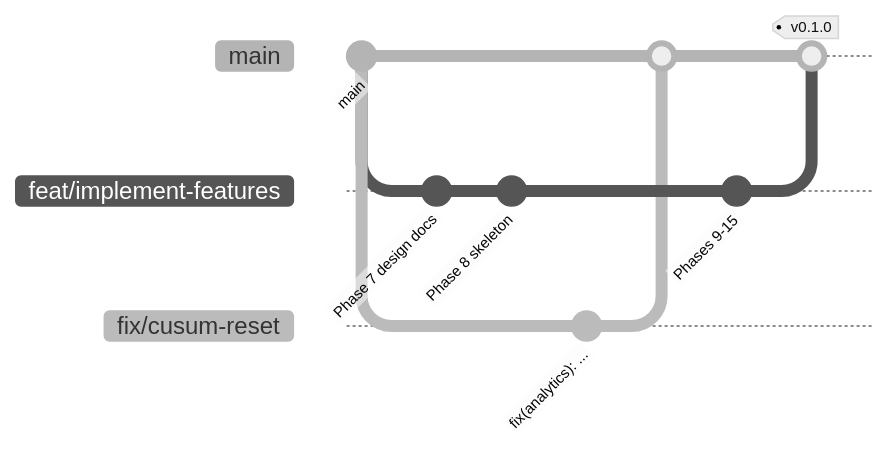
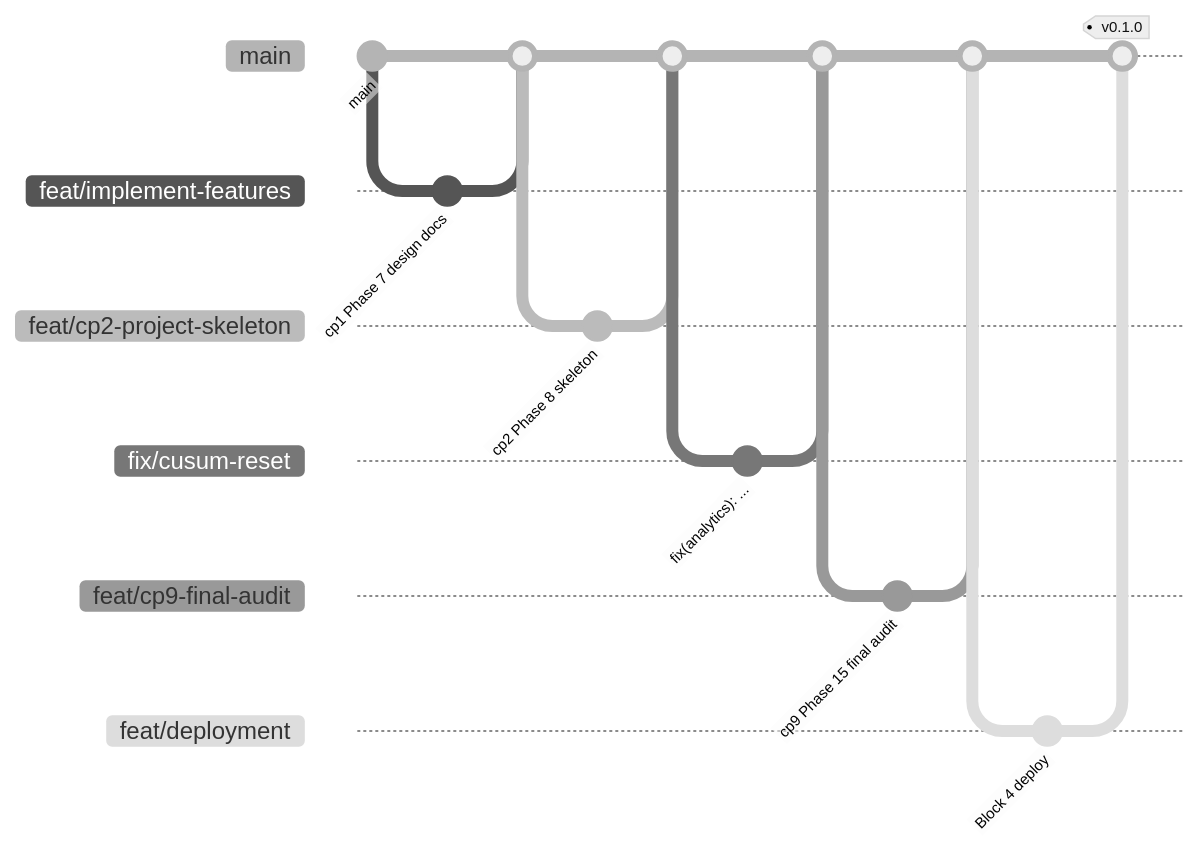
Before and after one commit to EchoWellApp/echowell: the diagram in specs/TRD/18_GitHub_Repository_Standards.md, drawn with Mermaid (neutral theme). The commit also changed other lines of this file and 63 other files, not shown here.

````diff
--- a/specs/TRD/18_GitHub_Repository_Standards.md
+++ b/specs/TRD/18_GitHub_Repository_Standards.md
@@ -78,16 +79,24 @@
 ```mermaid
 gitGraph
   commit id: "main"
   branch feat/implement-features
-  commit id: "Phase 7 design docs"
-  commit id: "Phase 8 skeleton"
+  commit id: "cp1 Phase 7 design docs"
   checkout main
+  merge feat/implement-features
+  branch feat/cp2-project-skeleton
+  commit id: "cp2 Phase 8 skeleton"
+  checkout main
+  merge feat/cp2-project-skeleton
   branch fix/cusum-reset
   commit id: "fix(analytics): ..."
   checkout main
   merge fix/cusum-reset
-  checkout feat/implement-features
-  commit id: "Phases 9-15"
+  branch feat/cp9-final-audit
+  commit id: "cp9 Phase 15 final audit"
   checkout main
-  merge feat/implement-features tag: "v0.1.0"
+  merge feat/cp9-final-audit
+  branch feat/deployment
+  commit id: "Block 4 deploy"
+  checkout main
+  merge feat/deployment tag: "v0.1.0"
 ```
````
